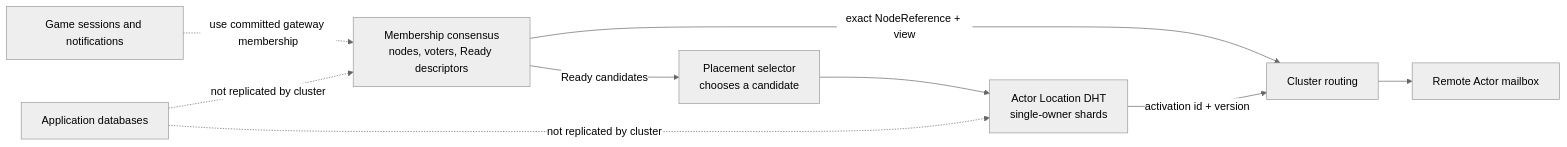
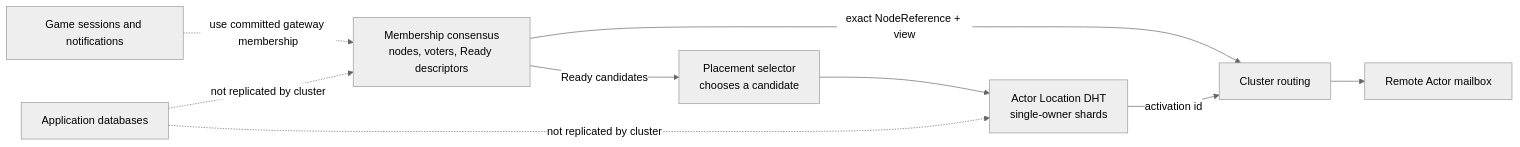
Before and after one commit to bruce48x/Lakona: the first of 15 diagrams in docs/cluster.md, drawn with Mermaid (neutral theme). The commit also changed other lines of this file and 40 other files, not shown here.

````diff
--- a/docs/cluster.md
+++ b/docs/cluster.md
@@ -17,15 +17,15 @@
 ```mermaid
 flowchart LR
     M["Membership consensus<br/>nodes, voters, Ready descriptors"]
     A["Actor Location DHT<br/>single-owner shards"]
 
     P["Placement selector<br/>chooses a candidate"] --> A
     M -->|"Ready candidates"| P
     M -->|"exact NodeReference + view"| R["Cluster routing"]
-    A -->|"activation id + version"| R
+    A -->|"activation id"| R
     R --> B["Remote Actor mailbox"]
 
     G["Game sessions and notifications"] -.->|"use committed gateway membership"| M
     D["Application databases"] -.->|"not replicated by cluster"| M
     D -.->|"not replicated by cluster"| A
 ```
````
